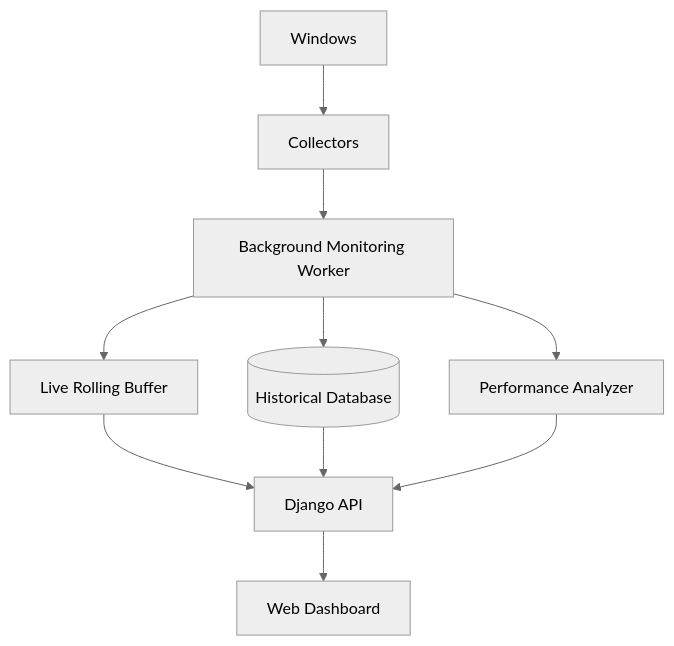
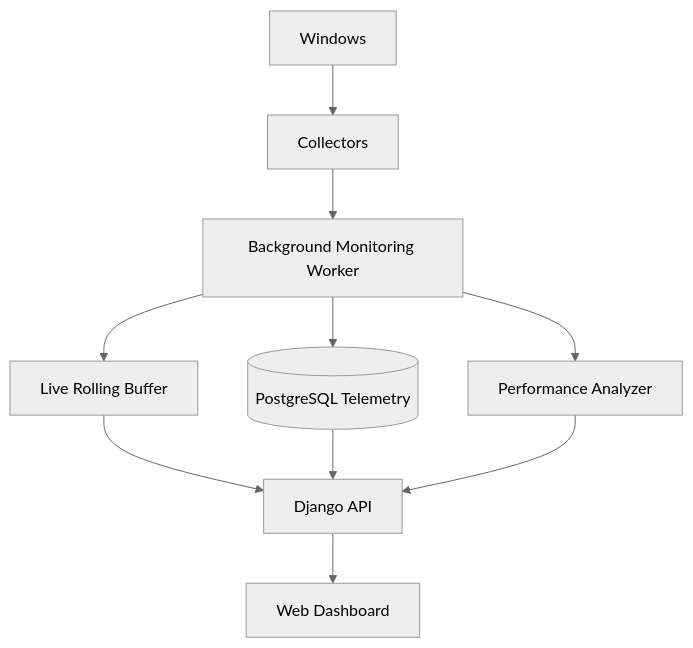
Before and after one commit to IronRon/Sys-Monitor: the seventh of 7 diagrams in docs/monitoring.md, drawn with Mermaid (neutral theme). The commit also changed other lines of this file and 21 other files, not shown here.

````diff
--- a/docs/monitoring.md
+++ b/docs/monitoring.md
@@ -2286,18 +2539,18 @@
 ```mermaid
 flowchart TD
     Windows[Windows]
 
     Windows --> Collectors[Collectors]
 
     Collectors --> Worker[Background Monitoring Worker]
 
     Worker --> Live[Live Rolling Buffer]
-    Worker --> DB[(Historical Database)]
+    Worker --> DB[(PostgreSQL Telemetry)]
     Worker --> Analyzer[Performance Analyzer]
 
     Live --> API[Django API]
     DB --> API
     Analyzer --> API
 
     API --> Dashboard[Web Dashboard]
 ```
````
